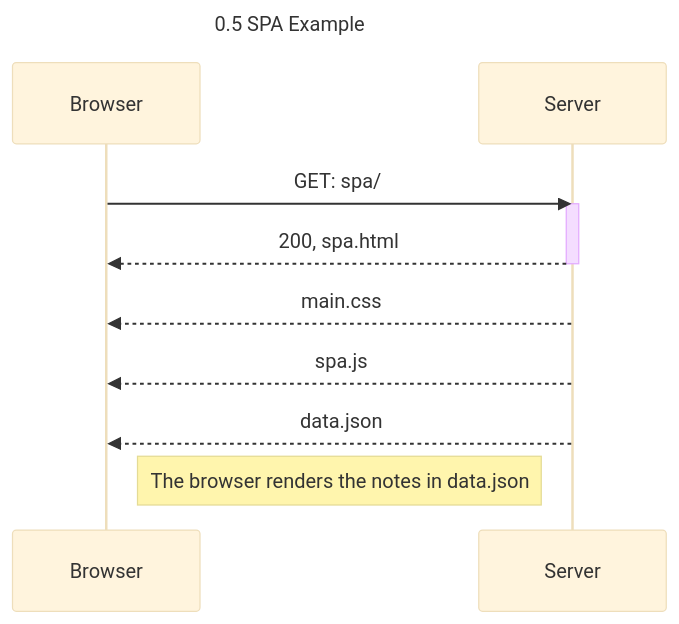
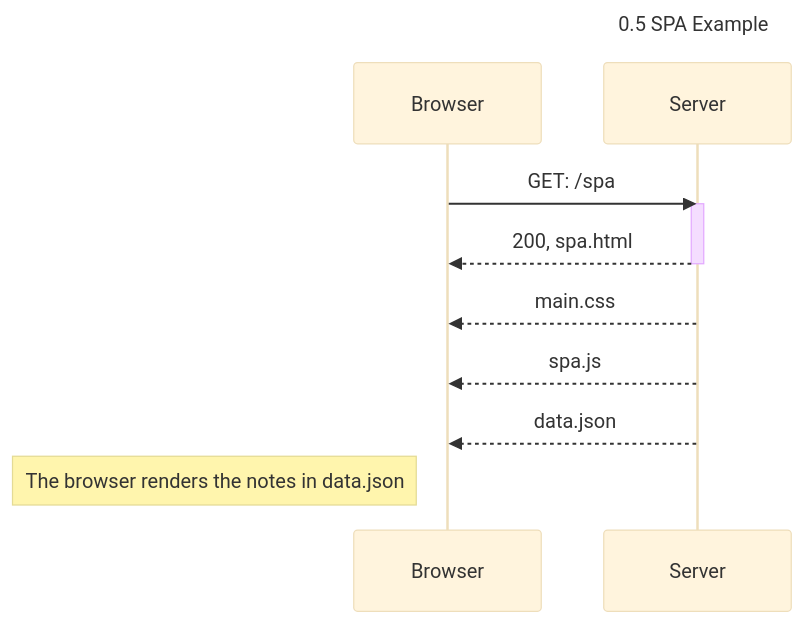
The diagram in part0/0.5.md (INBobarini/HelsinkiFSCourse), drawn with Mermaid (base theme) before and after one commit. The commit also changed 3 other files, not shown here.

````diff
--- a/part0/0.5.md
+++ b/part0/0.5.md
@@ -2,19 +2,19 @@
 ```mermaid
 ---
 title: 0.5 SPA Example
 ---
 sequenceDiagram
     participant Browser
     participant Server
 
-    Browser->>Server: GET: spa/
+    Browser->>Server: GET: /spa
     
     activate Server
     Server-->>Browser: 200, spa.html
     deactivate Server
     Server-->>Browser: main.css
     Server-->>Browser: spa.js
     Server-->>Browser: data.json
-    Note right of Browser: The browser renders the notes in data.json 
+    Note LEFT of Browser: The browser renders the notes in data.json 
     
 ```
````
